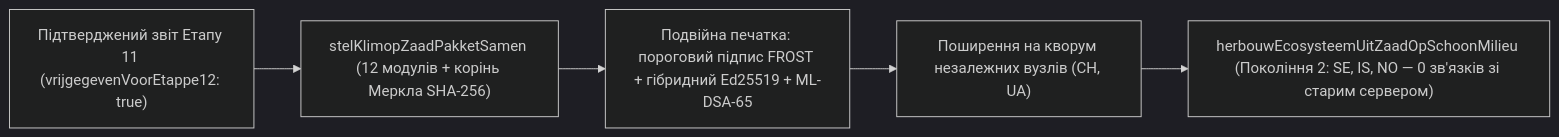
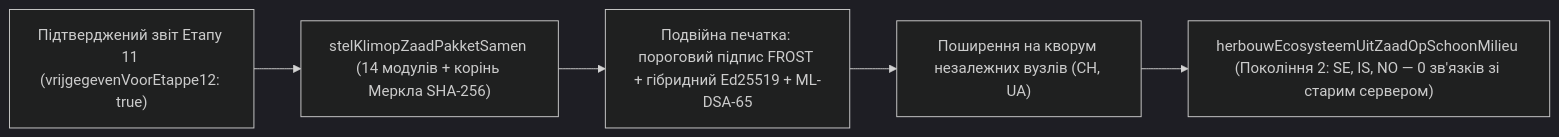
The diagram in docs/hub/ПЛЮЩ-ЕТАП-12-НАСІННЯ-СПАДКОЄМНІСТЬ-ТА-ПОСТІЙНИЙ-РОЗВИТОК.uk.md (Tarasevych/hub), drawn with Mermaid (dark theme) before and after one commit. The commit also changed other lines of this file and 65 other files, not shown here.

````diff
--- a/docs/hub/ПЛЮЩ-ЕТАП-12-НАСІННЯ-СПАДКОЄМНІСТЬ-ТА-ПОСТІЙНИЙ-РОЗВИТОК.uk.md
+++ b/docs/hub/ПЛЮЩ-ЕТАП-12-НАСІННЯ-СПАДКОЄМНІСТЬ-ТА-ПОСТІЙНИЙ-РОЗВИТОК.uk.md
@@ -19,7 +19,7 @@
 ```mermaid
 flowchart LR
-  A["Підтверджений звіт Етапу 11 (vrijgegevenVoorEtappe12: true)"] --> Z["stelKlimopZaadPakketSamen (12 модулів + корінь Меркла SHA-256)"]
+  A["Підтверджений звіт Етапу 11 (vrijgegevenVoorEtappe12: true)"] --> Z["stelKlimopZaadPakketSamen (14 модулів + корінь Меркла SHA-256)"]
   Z --> P["Подвійна печатка: пороговий підпис FROST + гібридний Ed25519 + ML-DSA-65"]
   P --> Q["Поширення на кворум незалежних вузлів (CH, UA)"]
   Q --> H["herbouwEcosysteemUitZaadOpSchoonMilieu (Покоління 2: SE, IS, NO — 0 зв'язків зі старим сервером)"]
 ```
````
